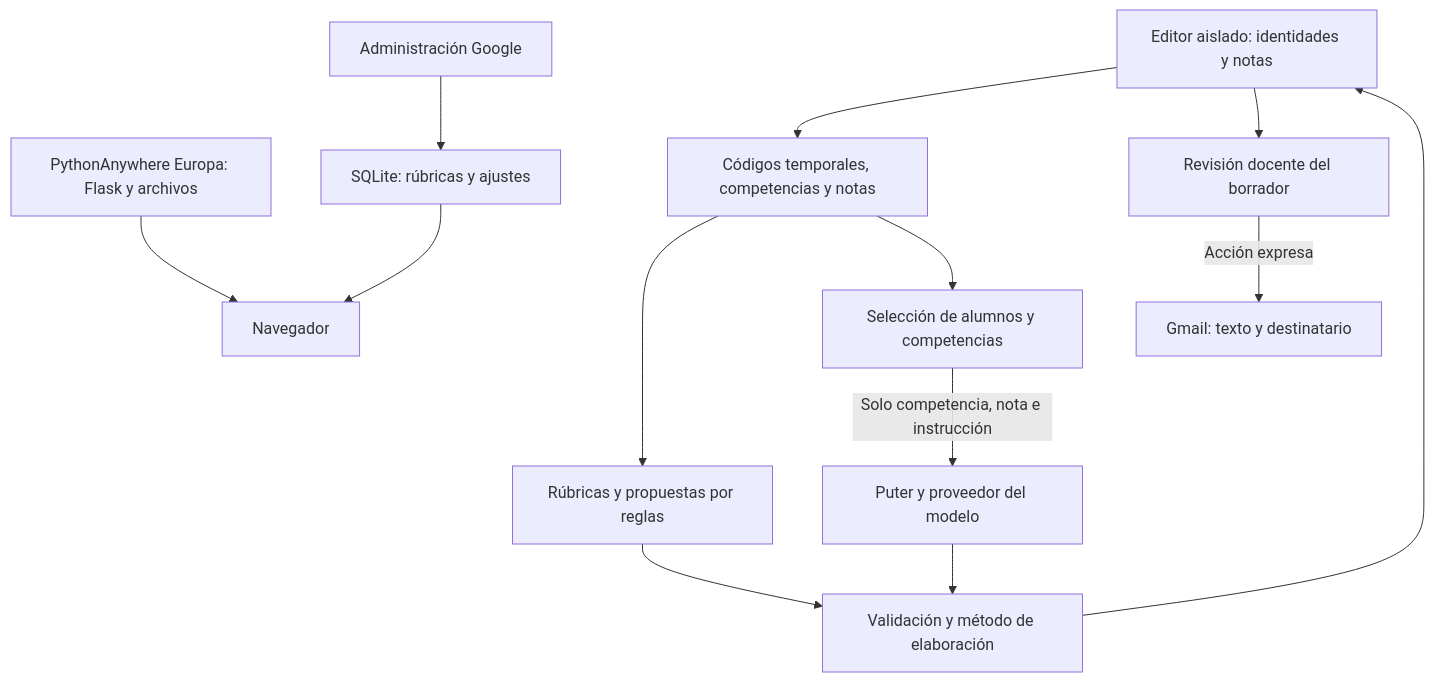
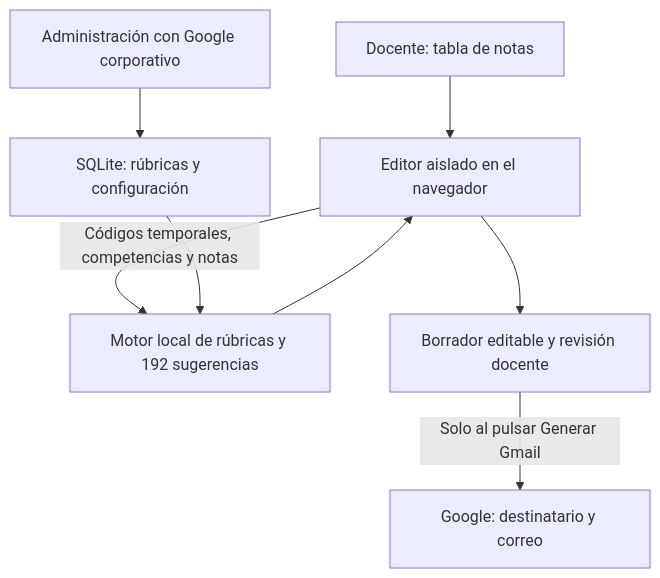
One commit to cuatrovientos-ci/cc-feedback changed the diagram in README.md. Above: the diagram before and after it, drawn with Mermaid. The commit also changed other lines of this file and 56 other files, not shown here.

````diff
--- a/README.md
+++ b/README.md
@@ -44,15 +21,10 @@
 ```mermaid
 flowchart TD
-    H[PythonAnywhere Europa: Flask y archivos] --> B[Navegador]
-    E[Editor aislado: identidades y notas] --> P[Códigos temporales, competencias y notas]
-    P --> R[Rúbricas y propuestas por reglas]
-    P --> S[Selección de alumnos y competencias]
-    S -->|Solo competencia, nota e instrucción| W[Puter y proveedor del modelo]
-    R --> V[Validación y método de elaboración]
-    W --> V
-    V --> E
-    E --> D[Revisión docente del borrador]
-    D -->|Acción expresa| G[Gmail: texto y destinatario]
-    A[Administración Google] --> DB[SQLite: rúbricas y ajustes]
-    DB --> B
+    A[Docente: tabla de notas] --> B[Editor aislado en el navegador]
+    B -->|Códigos temporales, competencias y notas| C[Motor local de rúbricas y 192 sugerencias]
+    C --> B
+    B --> D[Borrador editable y revisión docente]
+    D -->|Solo al pulsar Generar Gmail| E[Google: destinatario y correo]
+    F[Administración con Google corporativo] --> G[SQLite: rúbricas y configuración]
+    G --> C
 ```
````
